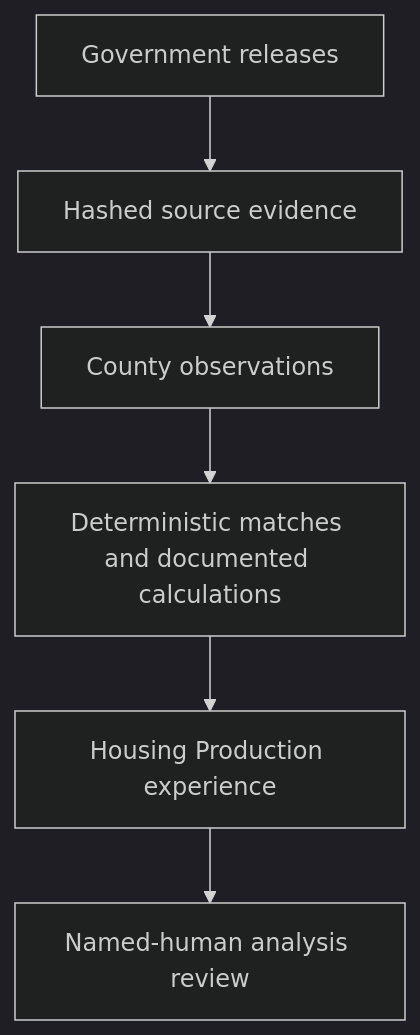
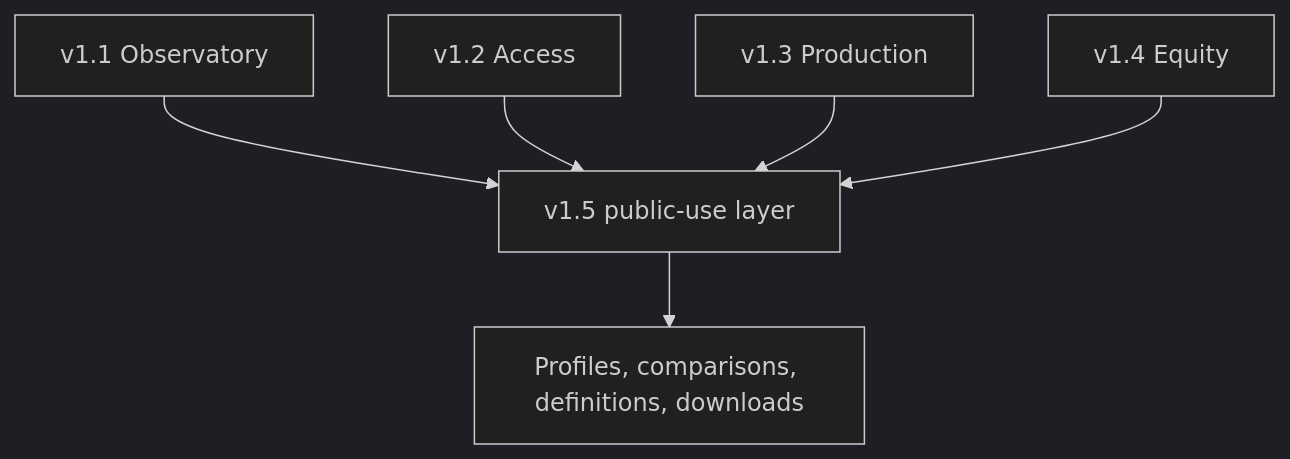
Before and after one commit to CRyanBriggs/the-bay-outlook: the diagram in README.md, drawn with Mermaid (dark theme). The commit also changed other lines of this file and 22 other files, not shown here.

First line of the commit message:
Publish Phase 14 v1.5 Analytical & Public-Use Layer

````diff
--- a/README.md
+++ b/README.md
@@ -40,8 +37,8 @@
 ```mermaid
 flowchart TD
-    A["Government releases"] --> B["Hashed source evidence"]
-    B --> C["County observations"]
-    C --> D["Deterministic matches and documented calculations"]
-    D --> E["Housing Production experience"]
-    E --> F["Named-human analysis review"]
+    A["v1.1 Observatory"] --> E["v1.5 public-use layer"]
+    B["v1.2 Access"] --> E
+    C["v1.3 Production"] --> E
+    D["v1.4 Equity"] --> E
+    E --> F["Profiles, comparisons, definitions, downloads"]
 ```
````
